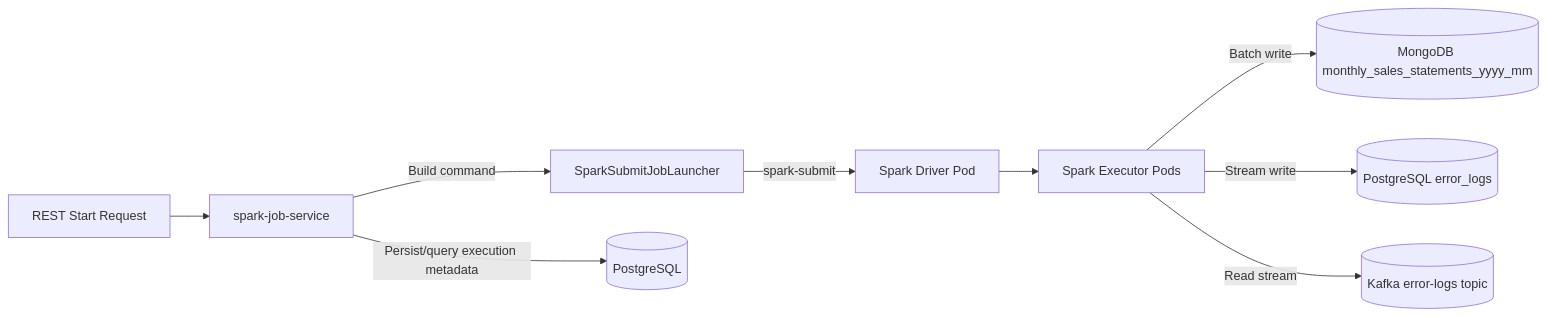
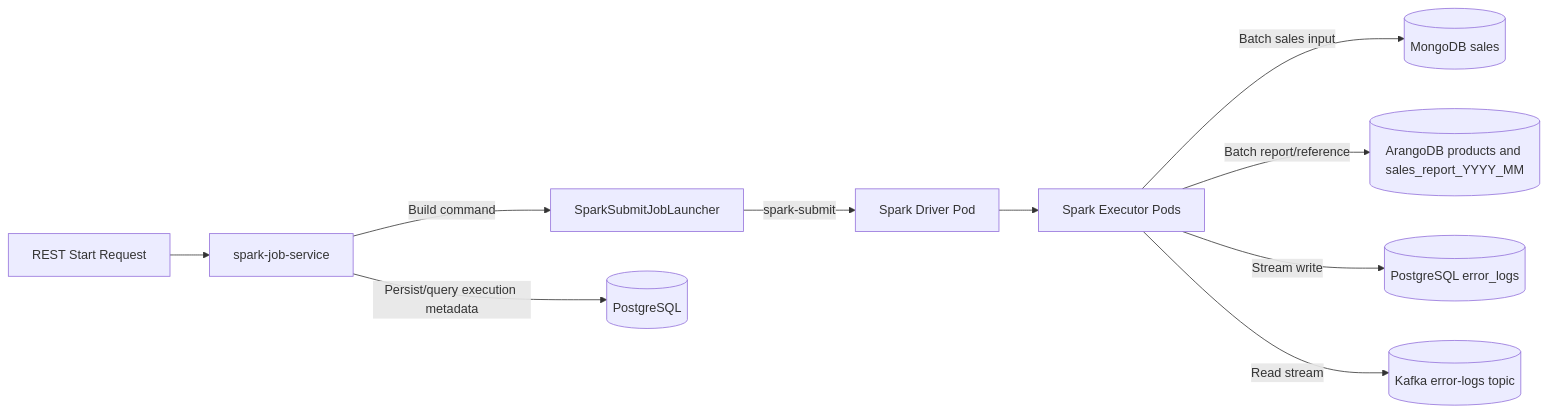
One commit to paulchen8206/Spark-Platform-on-Kubernetes-with-Spring-Boot changed the second of 2 diagrams in spark-job-service/README.md. Above: the diagram before and after it, drawn with Mermaid. The commit also changed 9 other files, not shown here.

Commit message:
fixed for Arango write issue

````diff
--- a/spark-job-service/README.md
+++ b/spark-job-service/README.md
@@ -91,13 +91,14 @@
 ```mermaid
 flowchart LR
   Req[REST Start Request] --> Svc[spark-job-service]
   Svc -->|Build command| Launcher[SparkSubmitJobLauncher]
   Launcher -->|spark-submit| Driver[Spark Driver Pod]
   Driver --> Exec[Spark Executor Pods]
 
-  Exec -->|Batch write| Mongo[(MongoDB monthly_sales_statements_yyyy_mm)]
+  Exec -->|Batch sales input| Mongo[(MongoDB sales)]
+  Exec -->|Batch report/reference| Arango[(ArangoDB products and sales_report_YYYY_MM)]
   Exec -->|Stream write| Pg[(PostgreSQL error_logs)]
   Exec -->|Read stream| Kafka[(Kafka error-logs topic)]
 
   Svc -->|Persist/query execution metadata| Meta[(PostgreSQL)]
 ```
````
